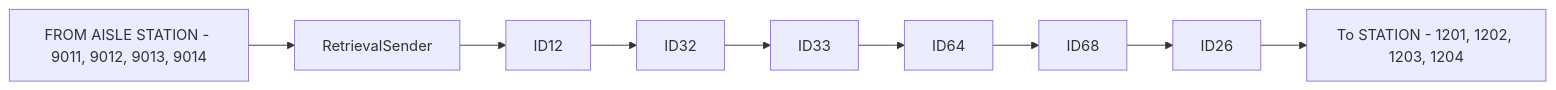
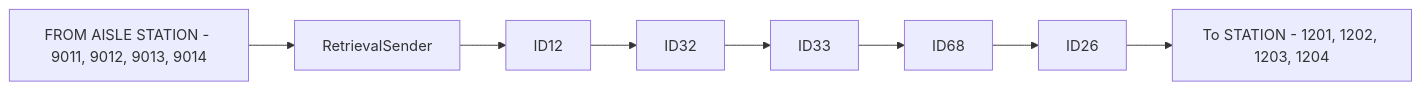
One commit to luthfiadityaa/SimeDarby-Wiki changed the first of 7 diagrams in Basic-Design/DFD-WMS/Retrieval/Unplanned-Retrieval-from-OP-Area-(PKG).md. Above: the diagram before and after it, drawn with Mermaid.

Commit message:
Updated Unplanned Retrieval from OP Area (PKG)

```diff
--- a/Basic-Design/DFD-WMS/Retrieval/Unplanned-Retrieval-from-OP-Area-(PKG).md
+++ b/Basic-Design/DFD-WMS/Retrieval/Unplanned-Retrieval-from-OP-Area-(PKG).md
@@ -8,5 +8,5 @@
 ::: mermaid
 flowchart LR
   
-P1[FROM AISLE STATION - 9011, 9012, 9013, 9014]-->P2[RetrievalSender]-->P3[ID12]-->P4[ID32]-->P5[ID33]-->P6[ID64]-->P7[ID68]-->P8[ID26]-->P9[To STATION - 1201, 1202, 1203, 1204] 
+P1[FROM AISLE STATION - 9011, 9012, 9013, 9014]-->P2[RetrievalSender]-->P3[ID12]-->P4[ID32]-->P5[ID33]-->P7[ID68]-->P8[ID26]-->P9[To STATION - 1201, 1202, 1203, 1204] 
 :::
```
